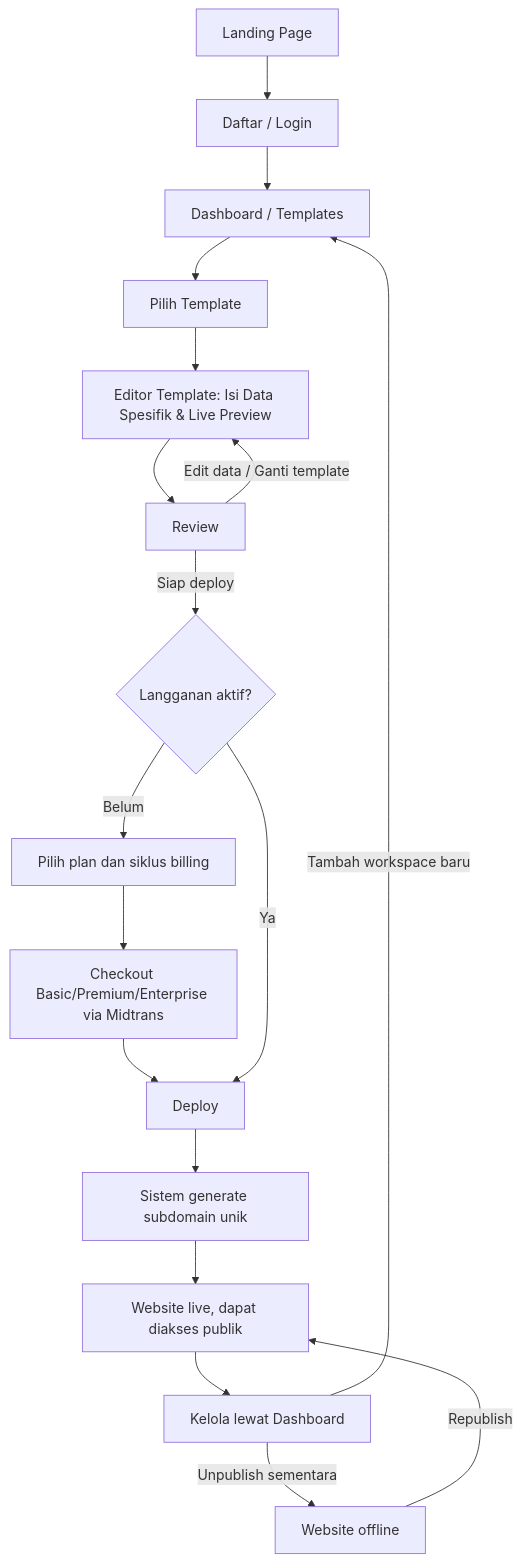
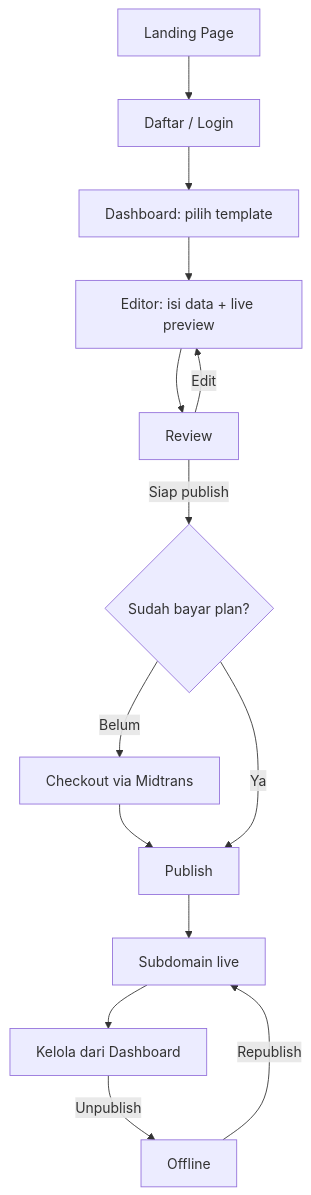
The diagram in docs/PRD.md (portofio-official/portofio-saas), drawn with Mermaid before and after one commit. The commit also changed other lines of this file and 1 other file, not shown here.

````diff
--- a/docs/PRD.md
+++ b/docs/PRD.md
@@ -144,20 +107,16 @@
 ```mermaid
 flowchart TD
     Z[Landing Page] --> A[Daftar / Login]
-    A --> Dash[Dashboard / Templates]
-    Dash --> C[Pilih Template]
-    C --> C4[Editor Template: Isi Data Spesifik & Live Preview]
+    A --> Dash[Dashboard: pilih template]
+    Dash --> C4[Editor: isi data + live preview]
     C4 --> R[Review]
-    R -- Edit data / Ganti template --> C4
-    R -- Siap deploy --> P{Langganan aktif?}
-    P -- Belum --> Q[Pilih plan dan siklus billing]
-    Q --> Q2[Checkout Basic/Premium/Enterprise via Midtrans]
-    Q2 --> F[Deploy]
+    R -- Edit --> C4
+    R -- Siap publish --> P{Sudah bayar plan?}
+    P -- Belum --> Q[Checkout via Midtrans]
+    Q --> F[Publish]
     P -- Ya --> F
-    F --> G[Sistem generate subdomain unik]
-    G --> H[Website live, dapat diakses publik]
-    H --> I[Kelola lewat Dashboard]
-    I -- Tambah workspace baru --> Dash
-    I -- Unpublish sementara --> J[Website offline]
-    J -- Republish --> H
+    F --> G[Subdomain live]
+    G --> I[Kelola dari Dashboard]
+    I -- Unpublish --> J[Offline]
+    J -- Republish --> G
 ```
````
